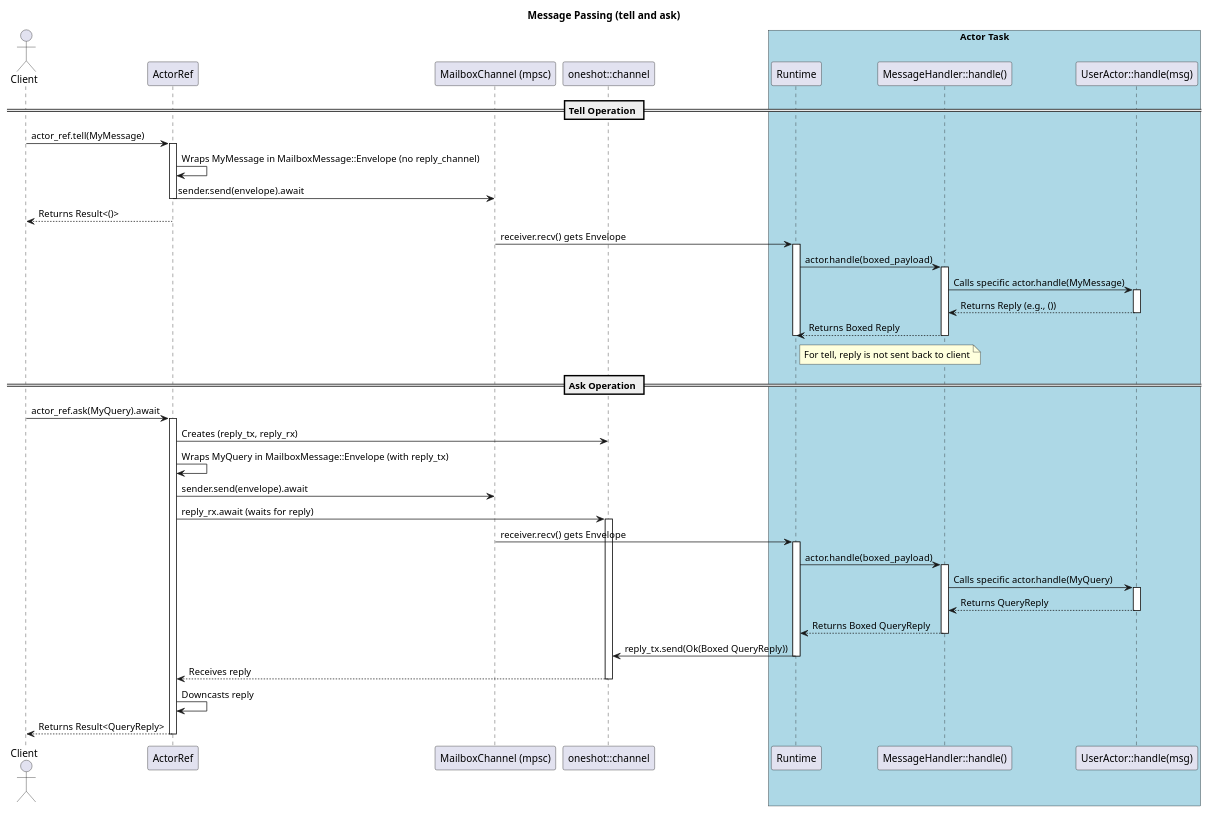
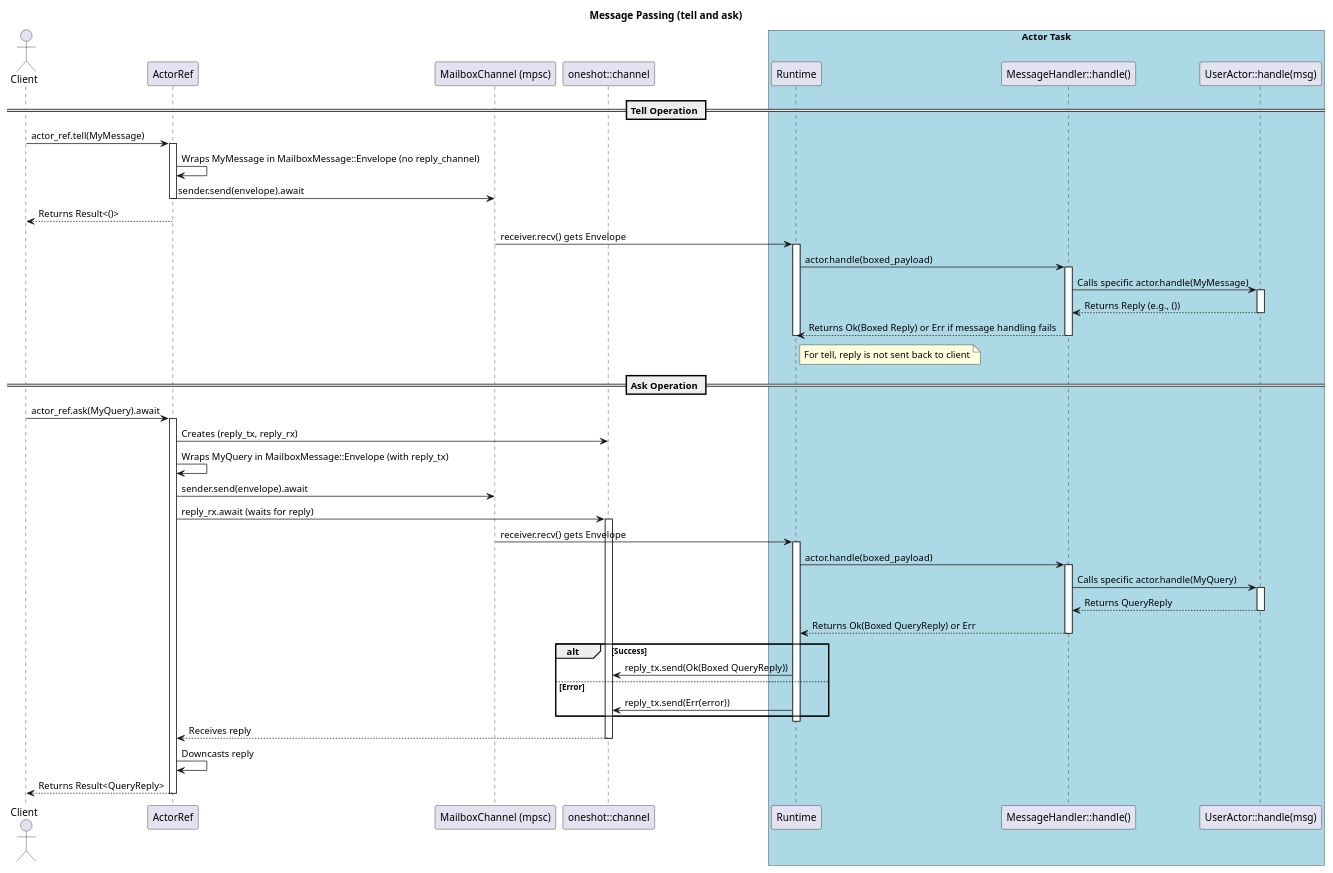
One commit to hiking90/rsactor changed the diagram in docs/message_passing.puml. Above: the diagram before and after it, drawn with PlantUML. The commit also changed 8 other files, not shown here.

```diff
--- a/docs/message_passing.puml
+++ b/docs/message_passing.puml
@@ -1,67 +1,71 @@
 @startuml Message Passing
 title Message Passing (tell and ask)
 
 actor Client
 participant "ActorRef" as ActorRef_obj
 participant "MailboxChannel (mpsc)" as MailboxChannel
 participant "Runtime" as Runtime_obj
 participant "MessageHandler::handle()" as DynMsgHandler
 participant "UserActor::handle(msg)" as UserHandler
 participant "oneshot::channel" as OneshotChannel
 
 box "Actor Task" #LightBlue
     participant Runtime_obj
     participant DynMsgHandler
     participant UserHandler
 end box
 
 == Tell Operation ==
 Client -> ActorRef_obj: actor_ref.tell(MyMessage)
 activate ActorRef_obj
 ActorRef_obj -> ActorRef_obj: Wraps MyMessage in MailboxMessage::Envelope (no reply_channel)
 ActorRef_obj -> MailboxChannel: sender.send(envelope).await
 deactivate ActorRef_obj
 Client <-- ActorRef_obj: Returns Result<()>
 
 MailboxChannel -> Runtime_obj: receiver.recv() gets Envelope
 activate Runtime_obj
 Runtime_obj -> DynMsgHandler: actor.handle(boxed_payload)
 activate DynMsgHandler
 DynMsgHandler -> UserHandler: Calls specific actor.handle(MyMessage)
 activate UserHandler
 UserHandler --> DynMsgHandler: Returns Reply (e.g., ())
 deactivate UserHandler
-DynMsgHandler --> Runtime_obj: Returns Boxed Reply
+DynMsgHandler --> Runtime_obj: Returns Ok(Boxed Reply) or Err if message handling fails
 deactivate DynMsgHandler
 note right of Runtime_obj: For tell, reply is not sent back to client
 deactivate Runtime_obj
 
 == Ask Operation ==
 Client -> ActorRef_obj: actor_ref.ask(MyQuery).await
 activate ActorRef_obj
 ActorRef_obj -> OneshotChannel: Creates (reply_tx, reply_rx)
 ActorRef_obj -> ActorRef_obj: Wraps MyQuery in MailboxMessage::Envelope (with reply_tx)
 ActorRef_obj -> MailboxChannel: sender.send(envelope).await
 ActorRef_obj -> OneshotChannel: reply_rx.await (waits for reply)
 activate OneshotChannel
 
 MailboxChannel -> Runtime_obj: receiver.recv() gets Envelope
 activate Runtime_obj
 Runtime_obj -> DynMsgHandler: actor.handle(boxed_payload)
 activate DynMsgHandler
 DynMsgHandler -> UserHandler: Calls specific actor.handle(MyQuery)
 activate UserHandler
 UserHandler --> DynMsgHandler: Returns QueryReply
 deactivate UserHandler
-DynMsgHandler --> Runtime_obj: Returns Boxed QueryReply
+DynMsgHandler --> Runtime_obj: Returns Ok(Boxed QueryReply) or Err
 deactivate DynMsgHandler
 
-Runtime_obj -> OneshotChannel: reply_tx.send(Ok(Boxed QueryReply))
+alt Success
+  Runtime_obj -> OneshotChannel: reply_tx.send(Ok(Boxed QueryReply))
+else Error
+  Runtime_obj -> OneshotChannel: reply_tx.send(Err(error))
+end
 deactivate Runtime_obj
 OneshotChannel --> ActorRef_obj: Receives reply
 deactivate OneshotChannel
 ActorRef_obj -> ActorRef_obj: Downcasts reply
 ActorRef_obj --> Client: Returns Result<QueryReply>
 deactivate ActorRef_obj
 
 @enduml
```
